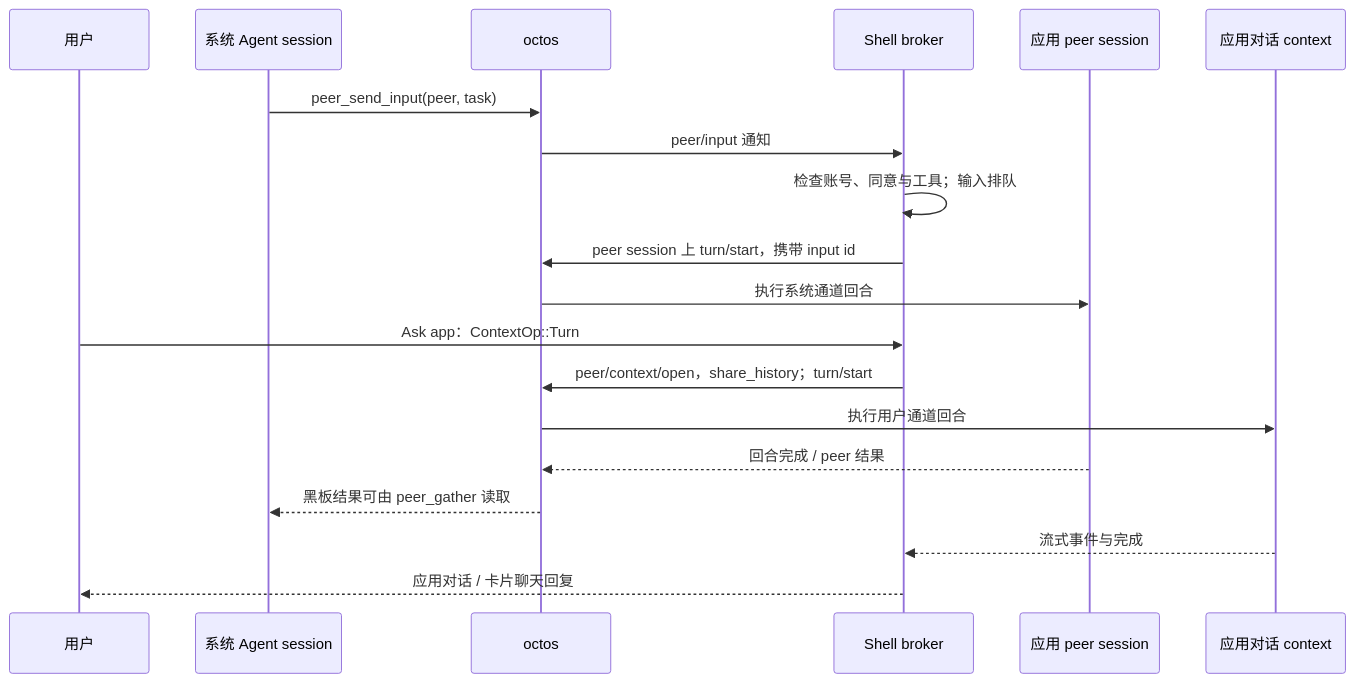
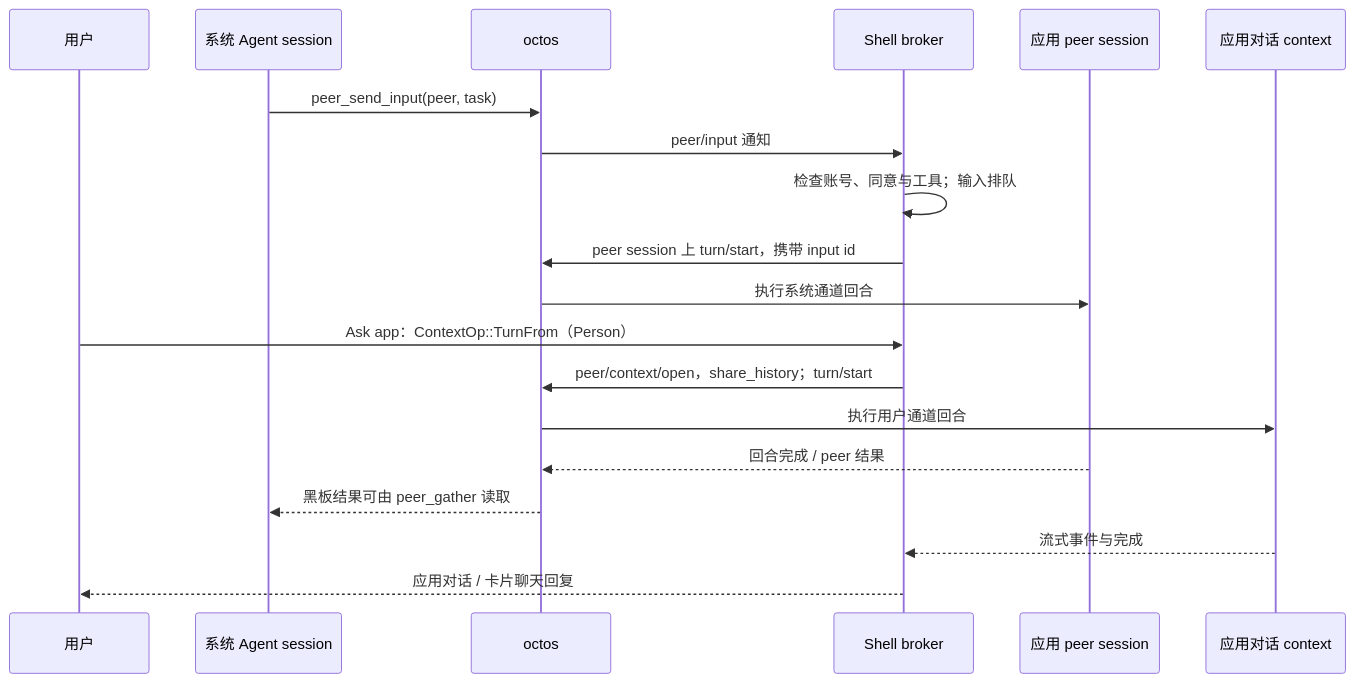
Before and after one commit to OctoSense-org/OctoSense: the first of 2 diagrams in docs/architecture-walkthrough.zh-CN.md, drawn with Mermaid. The commit also changed other lines of this file and 24 other files, not shown here.

````diff
--- a/docs/architecture-walkthrough.zh-CN.md
+++ b/docs/architecture-walkthrough.zh-CN.md
@@ -100,21 +100,21 @@
 ```mermaid
 sequenceDiagram
     participant H as 用户
     participant S as 系统 Agent session
     participant K as octos
     participant B as Shell broker
     participant A as 应用 peer session
     participant C as 应用对话 context
     S->>K: peer_send_input(peer, task)
     K->>B: peer/input 通知
     B->>B: 检查账号、同意与工具；输入排队
     B->>K: peer session 上 turn/start，携带 input id
     K->>A: 执行系统通道回合
-    H->>B: Ask app：ContextOp::Turn
+    H->>B: Ask app：ContextOp::TurnFrom（Person）
     B->>K: peer/context/open，share_history；turn/start
     K->>C: 执行用户通道回合
     A-->>K: 回合完成 / peer 结果
     K-->>S: 黑板结果可由 peer_gather 读取
     C-->>B: 流式事件与完成
     B-->>H: 应用对话 / 卡片聊天回复
 ```
````
